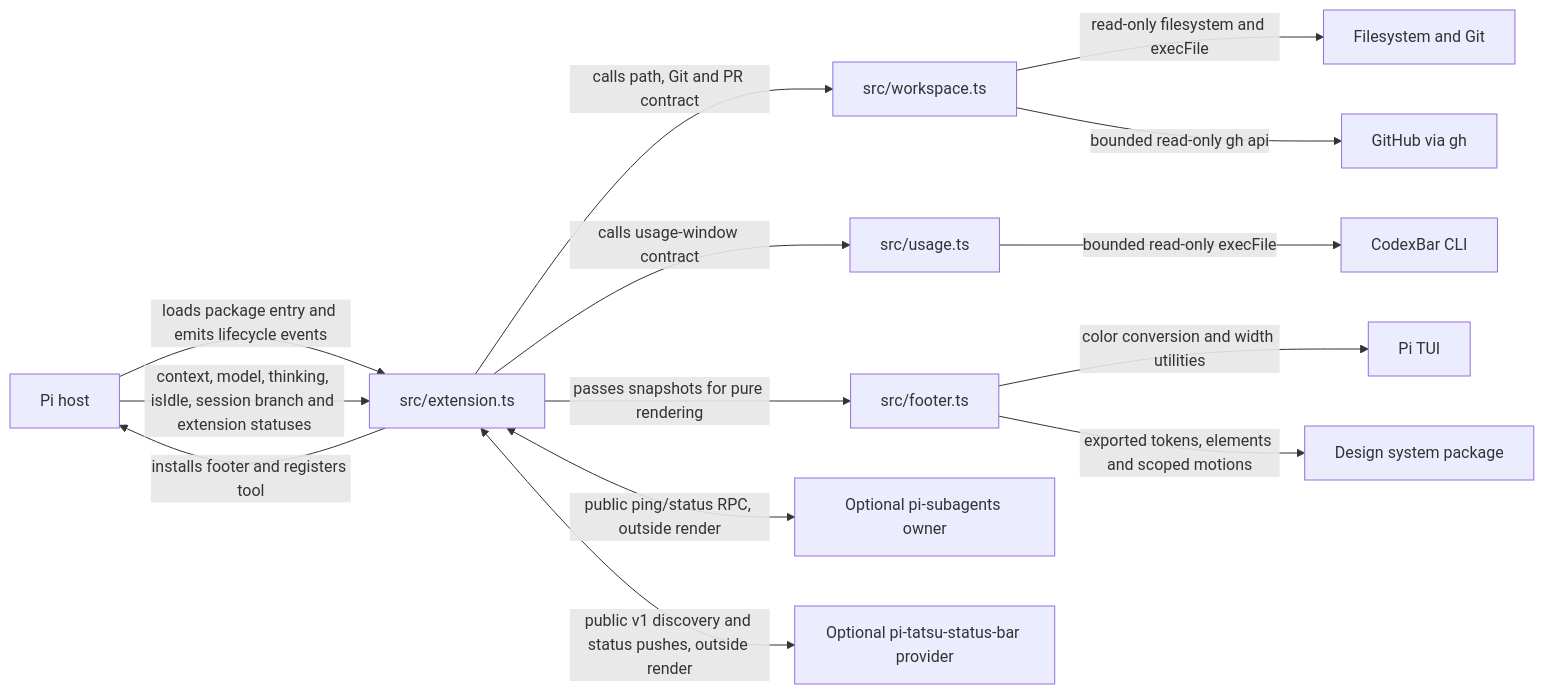
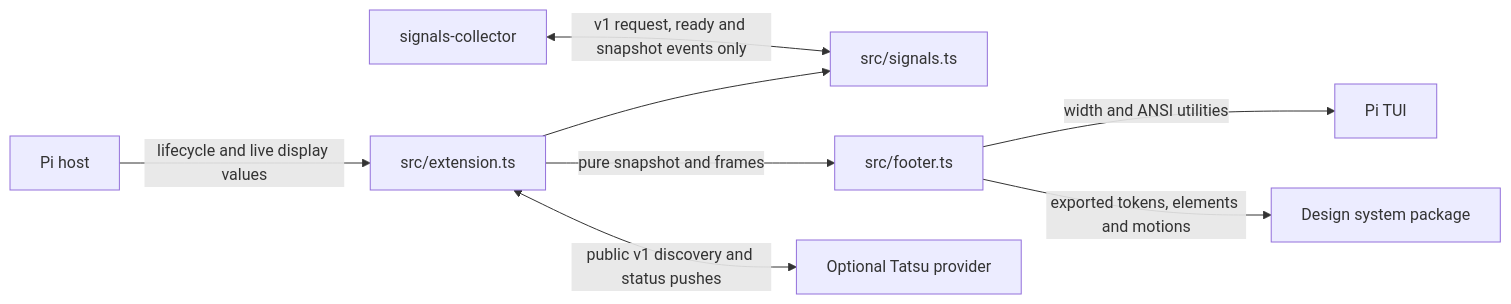
The diagram in pi/status-bar/docs/architecture.md (jigenator/industrial-os), drawn with Mermaid before and after one commit. The commit also changed other lines of this file and 13 other files, not shown here.

Commit message:
refactor(status-bar): consume session signals without collection

````diff
--- a/pi/status-bar/docs/architecture.md
+++ b/pi/status-bar/docs/architecture.md
@@ -8,16 +8,10 @@
 ```mermaid
 flowchart LR
-  Host[Pi host] -->|loads package entry and emits lifecycle events| Extension[src/extension.ts]
-  Extension -->|calls path, Git and PR contract| Workspace[src/workspace.ts]
-  Extension -->|calls usage-window contract| Usage[src/usage.ts]
-  Extension -->|passes snapshots for pure rendering| Footer[src/footer.ts]
-  Host -->|context, model, thinking, isIdle, session branch and extension statuses| Extension
-  Extension <-->|public ping/status RPC, outside render| Fleet[Optional pi-subagents owner]
-  Extension <-->|public v1 discovery and status pushes, outside render| Tatsu[Optional pi-tatsu-status-bar provider]
-  Workspace -->|read-only filesystem and execFile| Local[Filesystem and Git]
-  Workspace -->|bounded read-only gh api| GitHub[GitHub via gh]
-  Usage -->|bounded read-only execFile| CodexBar[CodexBar CLI]
-  Footer -->|color conversion and width utilities| TUI[Pi TUI]
-  Footer -->|exported tokens, elements and scoped motions| DS[Design system package]
-  Extension -->|installs footer and registers tool| Host
+  Host[Pi host] -->|lifecycle and live display values| Extension[src/extension.ts]
+  Collector[signals-collector] <-->|v1 request, ready and snapshot events only| Signals[src/signals.ts]
+  Extension --> Signals
+  Extension -->|pure snapshot and frames| Footer[src/footer.ts]
+  Extension <-->|public v1 discovery and status pushes| Tatsu[Optional Tatsu provider]
+  Footer -->|width and ANSI utilities| TUI[Pi TUI]
+  Footer -->|exported tokens, elements and motions| DS[Design system package]
 ```
````
